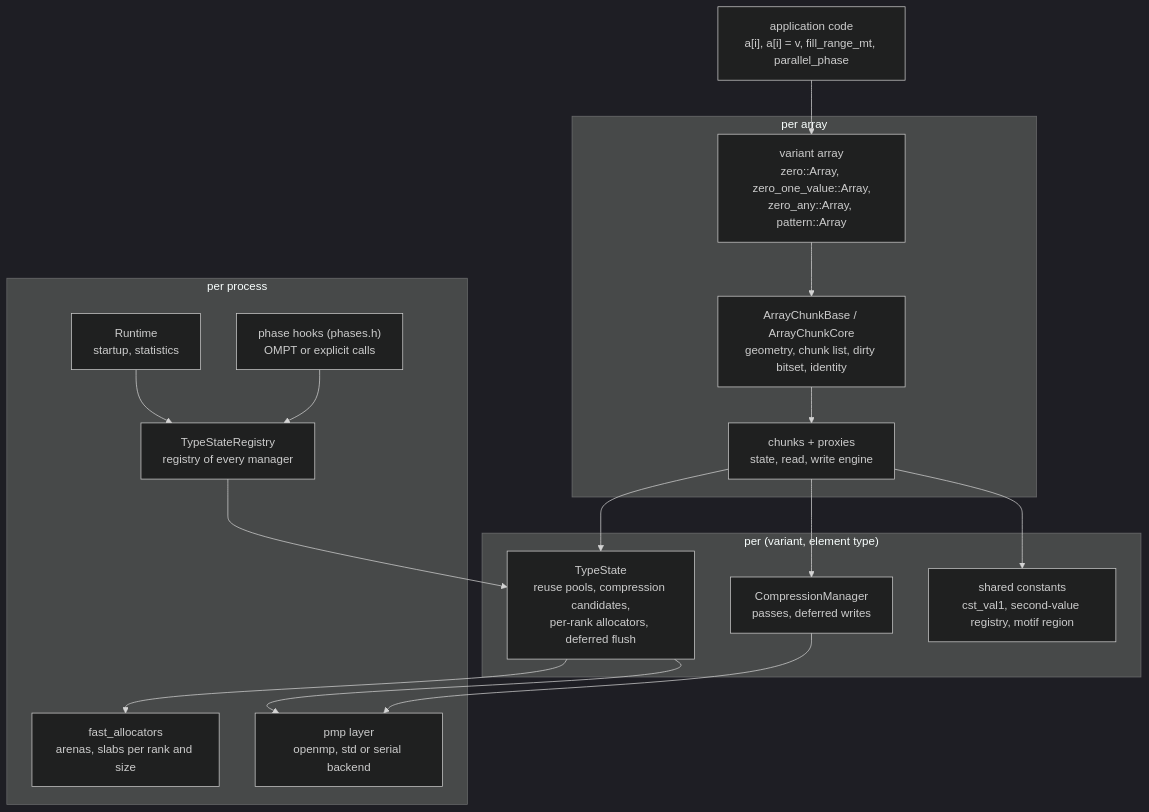
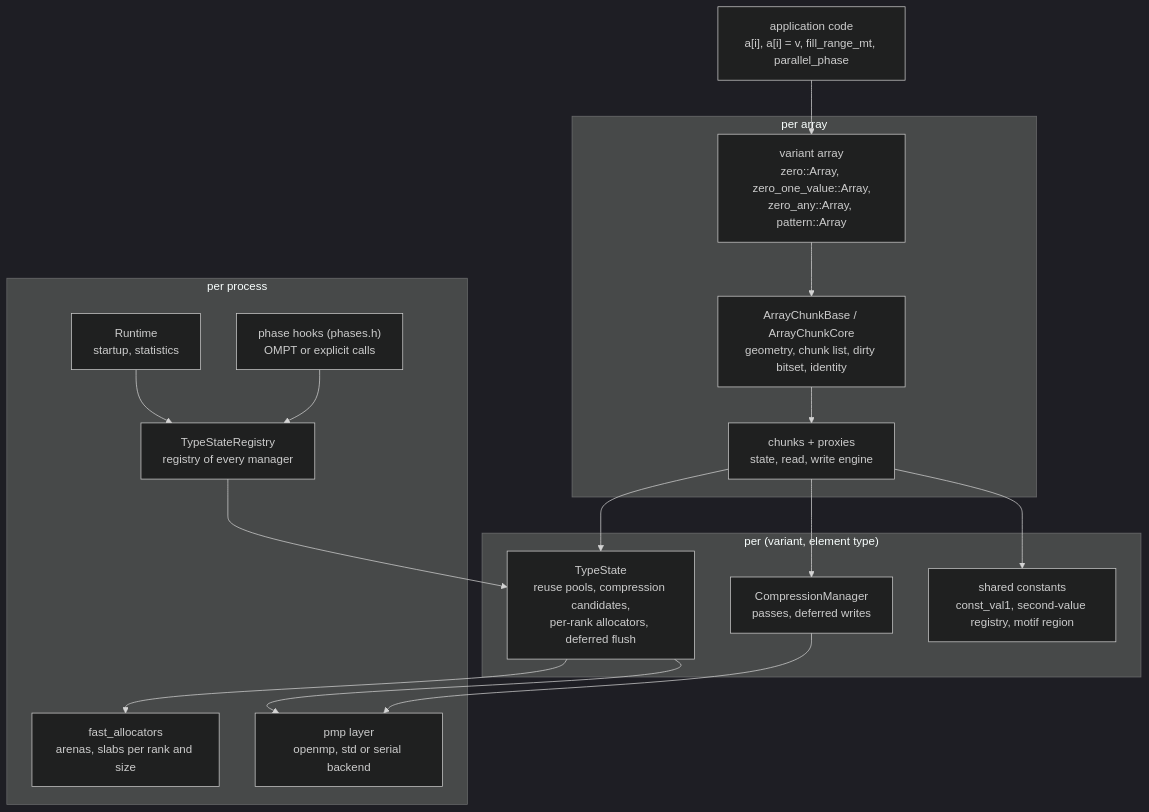
Before and after one commit to cea-hpc/shrink-array: the second of 3 diagrams in docs/design.md, drawn with Mermaid (dark theme). The commit also changed other lines of this file and 108 other files, not shown here.

First line of the commit message:
French names in English (4/4): cst (constante) is const

````diff
--- a/docs/design.md
+++ b/docs/design.md
@@ -74,31 +74,31 @@
 ```mermaid
 flowchart TB
     app["application code<br/>a[i], a[i] = v, fill_range_mt, parallel_phase"]
     subgraph per_array["per array"]
         arr["variant array<br/>zero::Array, zero_one_value::Array,<br/>zero_any::Array, pattern::Array"]
         base["ArrayChunkBase / ArrayChunkCore<br/>geometry, chunk list, dirty bitset, identity"]
         chk["chunks + proxies<br/>state, read, write engine"]
     end
     subgraph per_type["per (variant, element type)"]
         mgr["TypeState<br/>reuse pools, compression candidates,<br/>per-rank allocators, deferred flush"]
         cmp["CompressionManager<br/>passes, deferred writes"]
-        reg["shared constants<br/>cst_val1, second-value registry, motif region"]
+        reg["shared constants<br/>const_val1, second-value registry, motif region"]
     end
     subgraph per_process["per process"]
         all["TypeStateRegistry<br/>registry of every manager"]
         par["Runtime<br/>startup, statistics"]
         phase["phase hooks (phases.h)<br/>OMPT or explicit calls"]
         pmp["pmp layer<br/>openmp, std or serial backend"]
         fa["fast_allocators<br/>arenas, slabs per rank and size"]
     end
     app --> arr --> base --> chk
     chk --> mgr
     chk --> cmp
     chk --> reg
     mgr --> fa
     all --> mgr
     par --> all
     phase --> all
     cmp --> pmp
     mgr --> pmp
 ```
````
